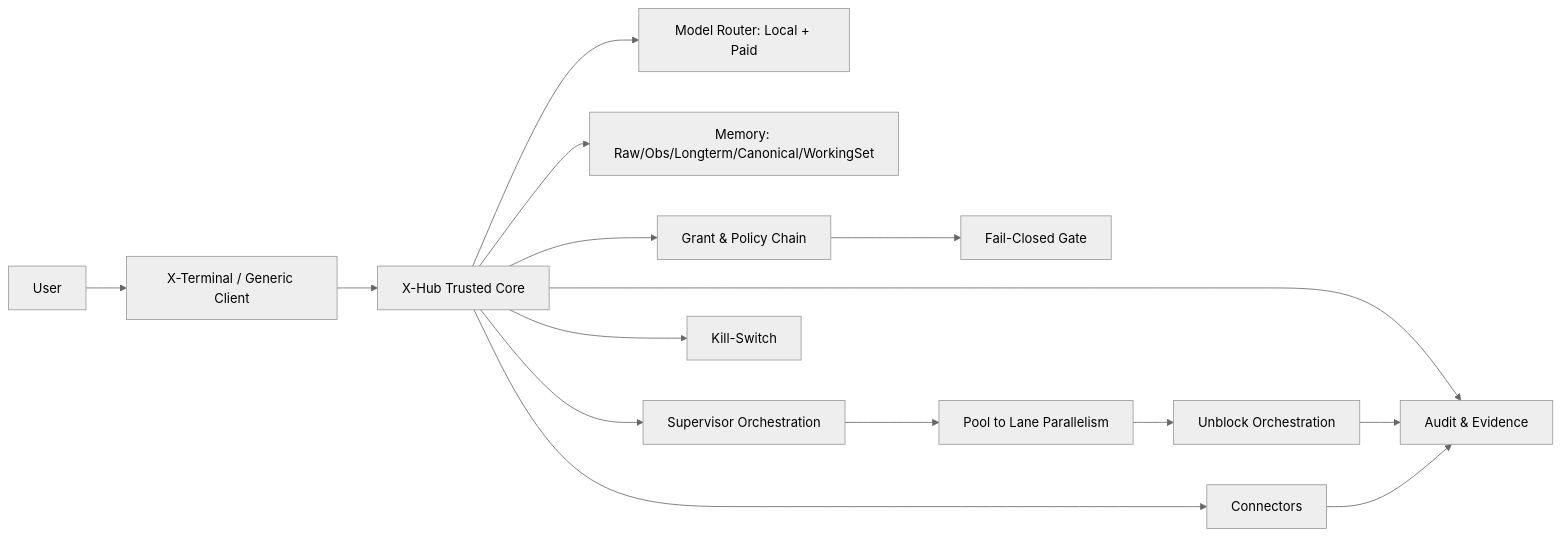
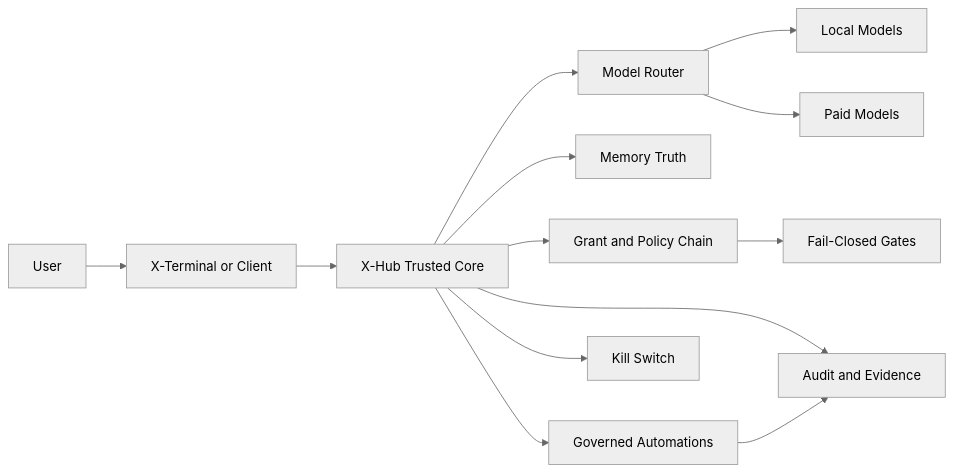
Before and after one commit to AndrewXie-Rich/x-hub-system: the diagram in README.md, drawn with Mermaid (neutral theme). The commit also changed other lines of this file and 352 other files, not shown here.

````diff
--- a/README.md
+++ b/README.md
@@ -99,19 +195,17 @@
 ```mermaid
 flowchart LR
-    U[User] --> XT[X-Terminal / Generic Client]
+    U[User] --> XT[X-Terminal or Client]
     XT --> H[X-Hub Trusted Core]
 
-    H --> MR[Model Router: Local + Paid]
-    H --> MM[Memory: Raw/Obs/Longterm/Canonical/WorkingSet]
-    H --> GP[Grant & Policy Chain]
-    H --> SV[Supervisor Orchestration]
-    H --> AU[Audit & Evidence]
-    H --> CN[Connectors]
-    H --> KS[Kill-Switch]
+    H --> MR[Model Router]
+    H --> MM[Memory Truth]
+    H --> GP[Grant and Policy Chain]
+    H --> AU[Audit and Evidence]
+    H --> AT[Governed Automations]
+    H --> KS[Kill Switch]
 
-    GP --> FG[Fail-Closed Gate]
-    SV --> PL[Pool to Lane Parallelism]
-    PL --> UB[Unblock Orchestration]
-    UB --> AU
-    CN --> AU
+    GP --> FG[Fail-Closed Gates]
+    MR --> LM[Local Models]
+    MR --> PM[Paid Models]
+    AT --> AU
 ```
````
